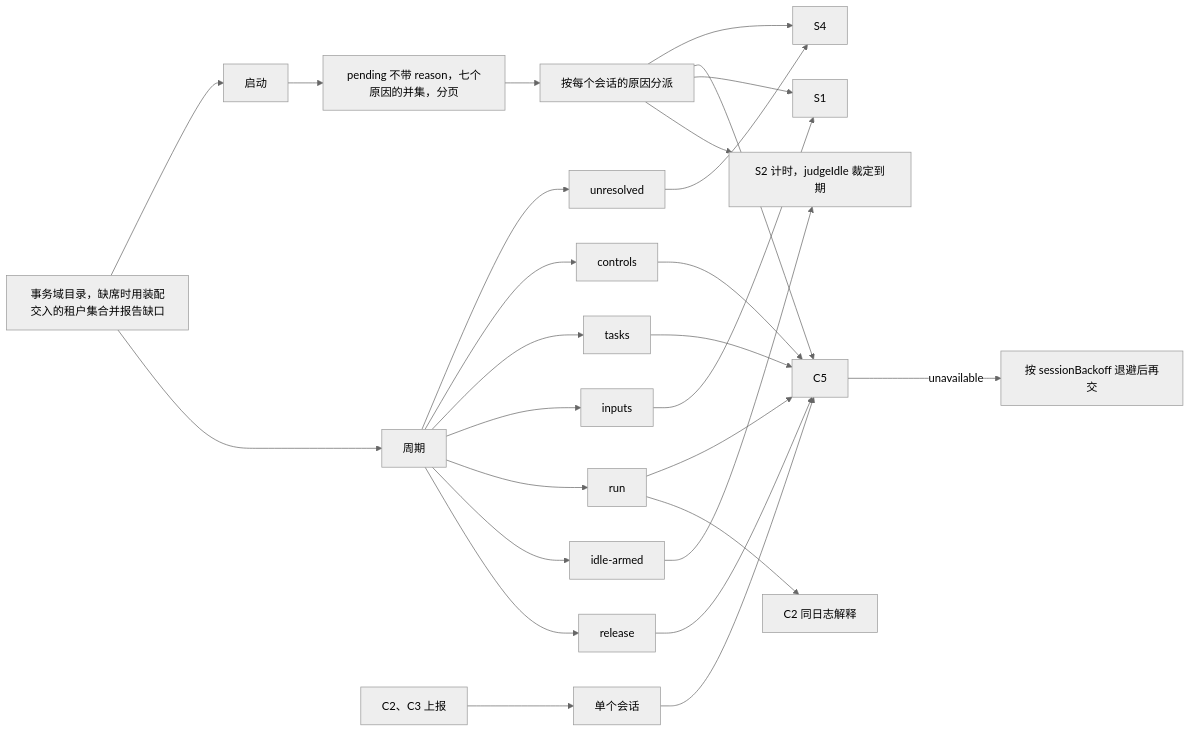
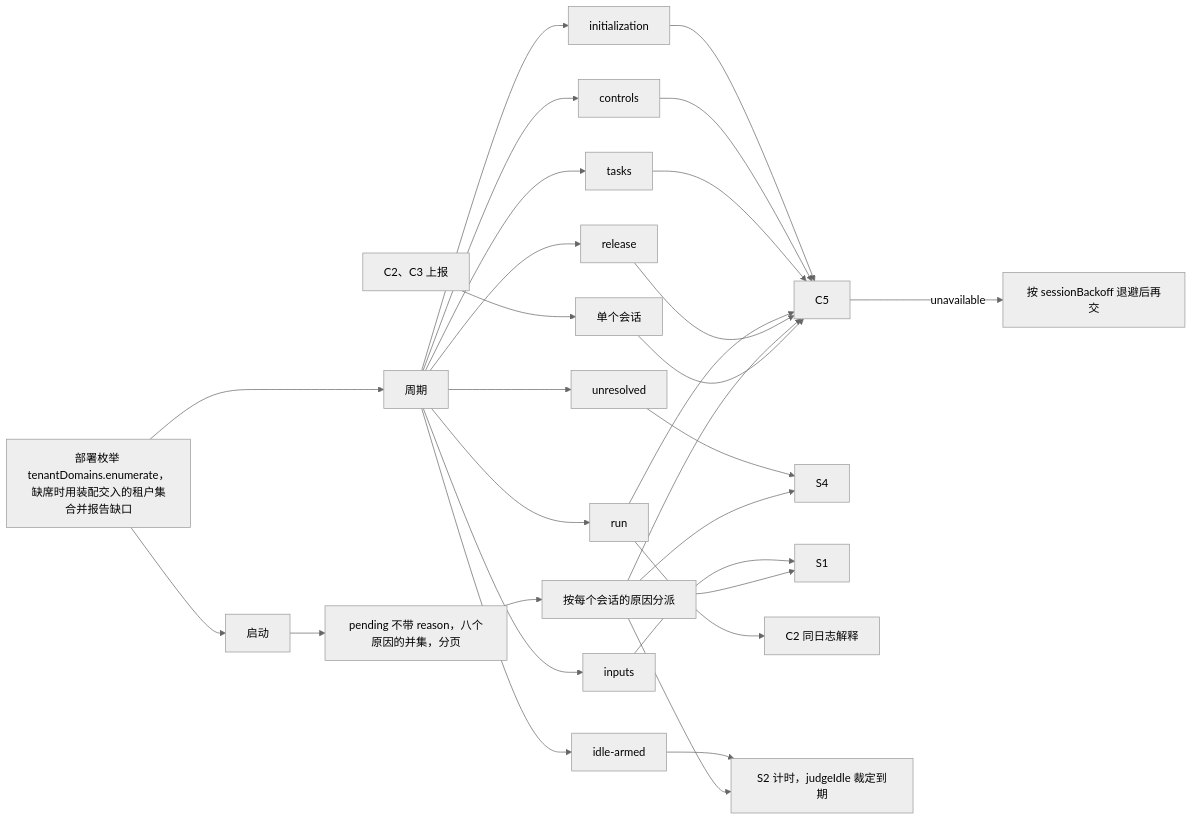
Diagram 12 of 15 in packages/session/session/docs/flows.md (nemori-ai/omne-harness-lite), drawn with Mermaid (neutral theme) before and after one commit. The commit also changed other lines of this file and 23 other files, not shown here.

````diff
--- a/packages/session/session/docs/flows.md
+++ b/packages/session/session/docs/flows.md
@@ -316,20 +316,21 @@
 ```mermaid
 flowchart LR
-    Dir[事务域目录，缺席时用装配交入的租户集合并报告缺口] --> B
+    Dir[部署枚举 tenantDomains.enumerate，缺席时用装配交入的租户集合并报告缺口] --> B
     Dir --> P
-    B[启动] --> All[pending 不带 reason，七个原因的并集，分页] --> Disp[按每个会话的原因分派]
-    P[周期] --> R1[unresolved] --> S4[S4]
+    B[启动] --> All[pending 不带 reason，八个原因的并集，分页] --> Disp[按每个会话的原因分派]
+    P[周期] --> R0[initialization] --> C5
+    P --> R1[unresolved] --> S4[S4]
     P --> R2[controls] --> C5[C5]
     P --> R3[tasks] --> C5
     P --> R6[inputs] --> S1[S1]
     P --> R7[run] --> C5
     R7 --> C2[C2 同日志解释]
     P --> R4[idle-armed] --> S2[S2 计时，judgeIdle 裁定到期]
     P --> R5[release] --> C5
     Disp --> S4
     Disp --> C5
     Disp --> S1
     Disp --> S2
     U[C2、C3 上报] --> One[单个会话] --> C5
     C5 -->|unavailable| BO[按 sessionBackoff 退避后再交]
 ```
````
